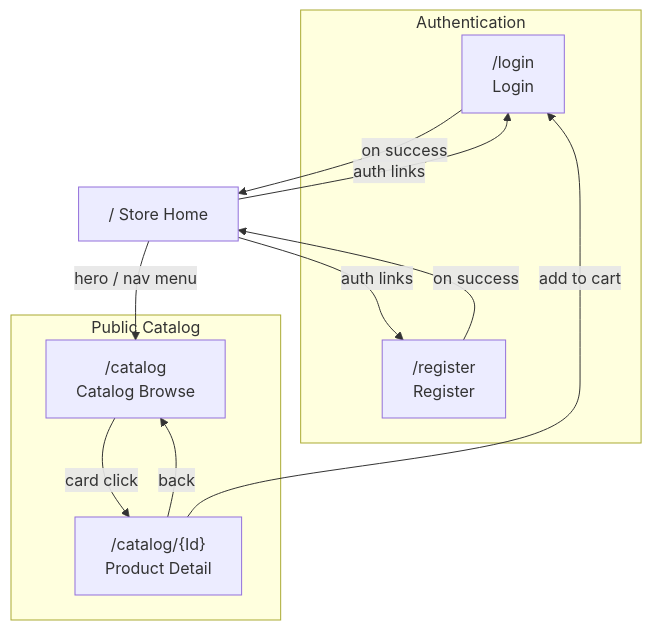
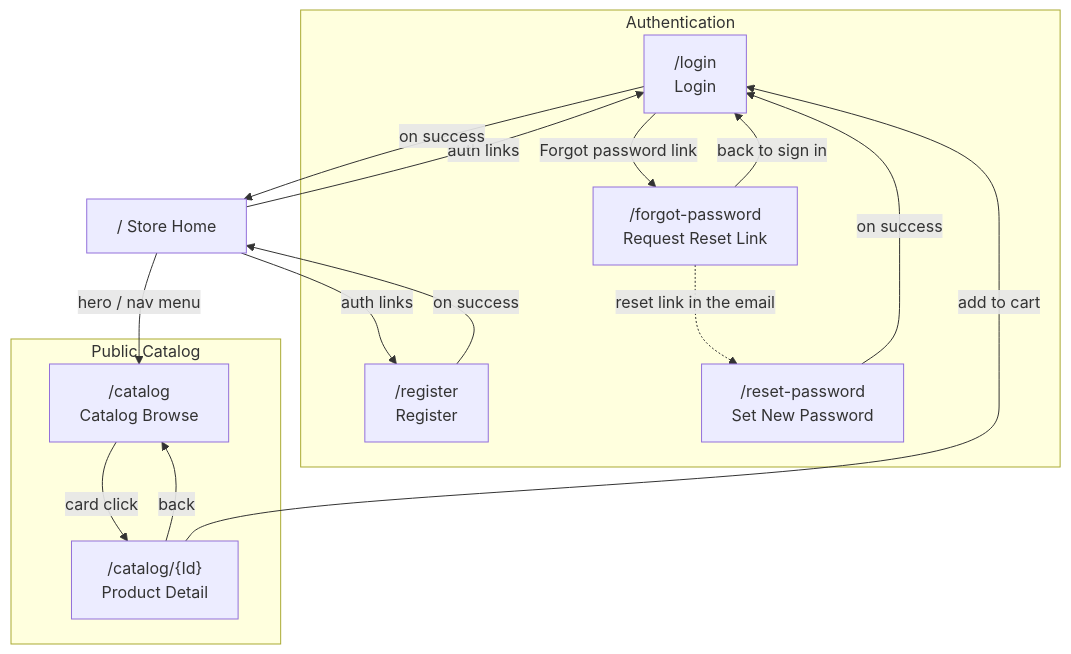
One commit to ivanball/ivanball.github.io changed the first of 3 diagrams in docs-src/guides/store-NavigationFlow.md. Above: the diagram before and after it, drawn with Mermaid. The commit also changed other lines of this file and 106 other files, not shown here.

First line of the commit message:
docs: forgot-password feature (ADR-091, spec + navigation updates) (#123)

````diff
--- a/docs-src/guides/store-NavigationFlow.md
+++ b/docs-src/guides/store-NavigationFlow.md
@@ -21,25 +21,32 @@
 ```mermaid
 flowchart TD
     subgraph Auth["Authentication"]
         Login["/login<br/>Login"]
         Register["/register<br/>Register"]
+        ForgotPassword["/forgot-password<br/>Request Reset Link"]
+        ResetPassword["/reset-password<br/>Set New Password"]
     end
 
     subgraph Catalog["Public Catalog"]
         Browse["/catalog<br/>Catalog Browse"]
         ProductDetail["/catalog/{Id}<br/>Product Detail"]
     end
 
     Home["/  Store Home"]
 
     Home -->|hero / nav menu| Browse
     Home -->|auth links| Login
     Home -->|auth links| Register
 
     Login -->|on success| Home
     Register -->|on success| Home
 
+    Login -->|Forgot password link| ForgotPassword
+    ForgotPassword -->|back to sign in| Login
+    ForgotPassword -.->|reset link in the email| ResetPassword
+    ResetPassword -->|on success| Login
+
     Browse -->|card click| ProductDetail
     ProductDetail -->|back| Browse
     ProductDetail -->|add to cart| Login
 ```
````
